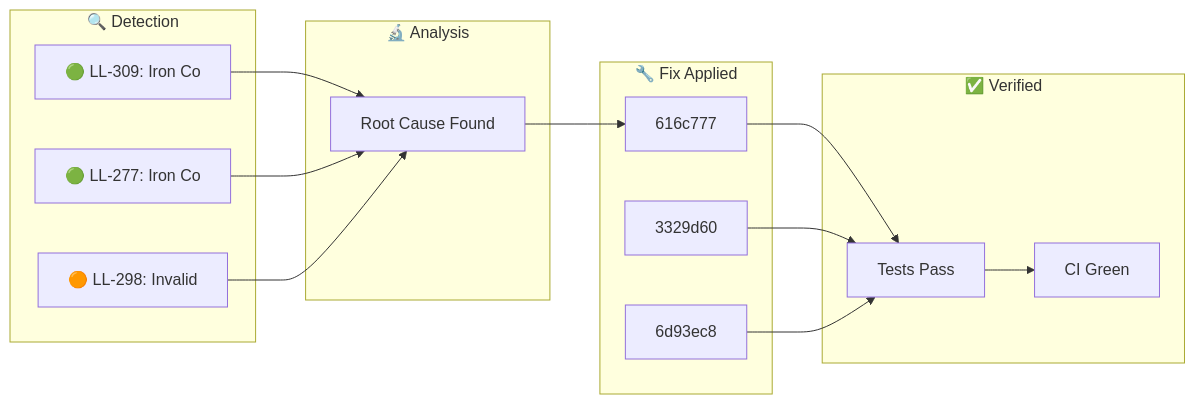
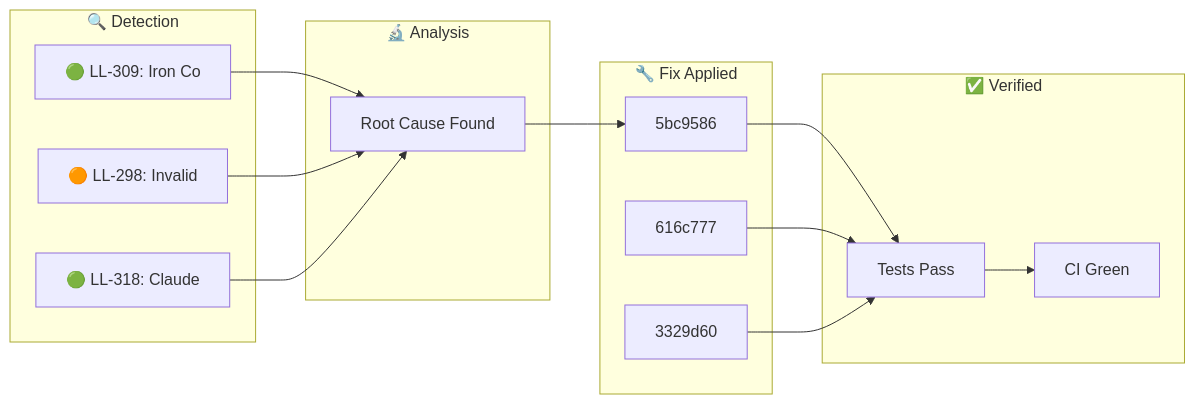
One commit to YoByron/trading changed the diagram in docs/_posts/2026-01-28-ralph-discovery.md. Above: the diagram before and after it, drawn with Mermaid. The commit also changed other lines of this file, not shown here.

````diff
--- a/docs/_posts/2026-01-28-ralph-discovery.md
+++ b/docs/_posts/2026-01-28-ralph-discovery.md
@@ -17,28 +17,28 @@
 ```mermaid
 flowchart LR
     subgraph Detection["🔍 Detection"]
         D1["🟢 LL-309: Iron Co"]
-        D2["🟢 LL-277: Iron Co"]
-        D3["🟠 LL-298: Invalid"]
+        D2["🟠 LL-298: Invalid"]
+        D3["🟢 LL-318: Claude "]
     end
     subgraph Analysis["🔬 Analysis"]
         A1["Root Cause Found"]
     end
     subgraph Fix["🔧 Fix Applied"]
-        F1["616c777"]
-        F2["3329d60"]
-        F3["6d93ec8"]
+        F1["5bc9586"]
+        F2["616c777"]
+        F3["3329d60"]
     end
     subgraph Verify["✅ Verified"]
         V1["Tests Pass"]
         V2["CI Green"]
     end
     D1 --> A1
     D2 --> A1
     D3 --> A1
     A1 --> F1
     F1 --> V1
     F2 --> V1
     F3 --> V1
     V1 --> V2
 ```
````
